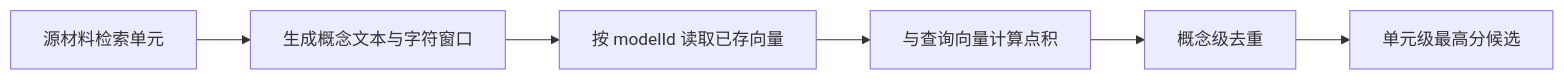
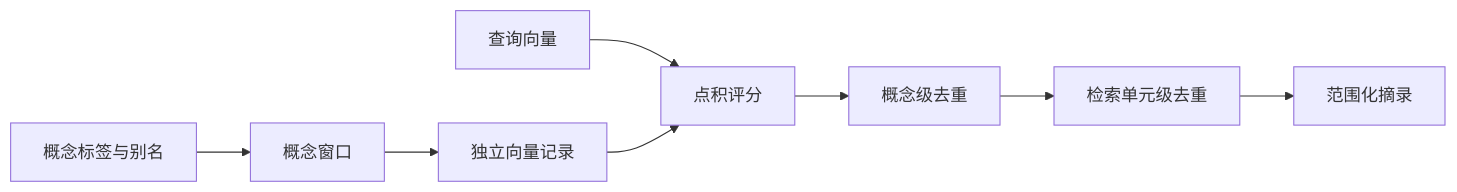
One commit to lejunyang/omem changed the diagram in .repo-review/knowledge/articles/0e0500c086e739070b0e7dde50e8684ec45cc7ce33f49e217939949a88504131.md. Above: the diagram before and after it, drawn with Mermaid. The commit also changed other lines of this file and 11 other files, not shown here.

````diff
--- a/.repo-review/knowledge/articles/0e0500c086e739070b0e7dde50e8684ec45cc7ce33f49e217939949a88504131.md
+++ b/.repo-review/knowledge/articles/0e0500c086e739070b0e7dde50e8684ec45cc7ce33f49e217939949a88504131.md
@@ -19,8 +19,10 @@
 ```mermaid
 flowchart LR
-  A[源材料检索单元] --> B[生成概念文本与字符窗口]
-  B --> C[按 modelId 读取已存向量]
-  C --> D[与查询向量计算点积]
-  D --> E[概念级去重]
-  E --> F[单元级最高分候选]
+  A[概念标签与别名] --> B[概念窗口]
+  B --> C[独立向量记录]
+  D[查询向量] --> E[点积评分]
+  C --> E
+  E --> F[概念级去重]
+  F --> G[检索单元级去重]
+  G --> H[范围化摘录]
 ```
````
